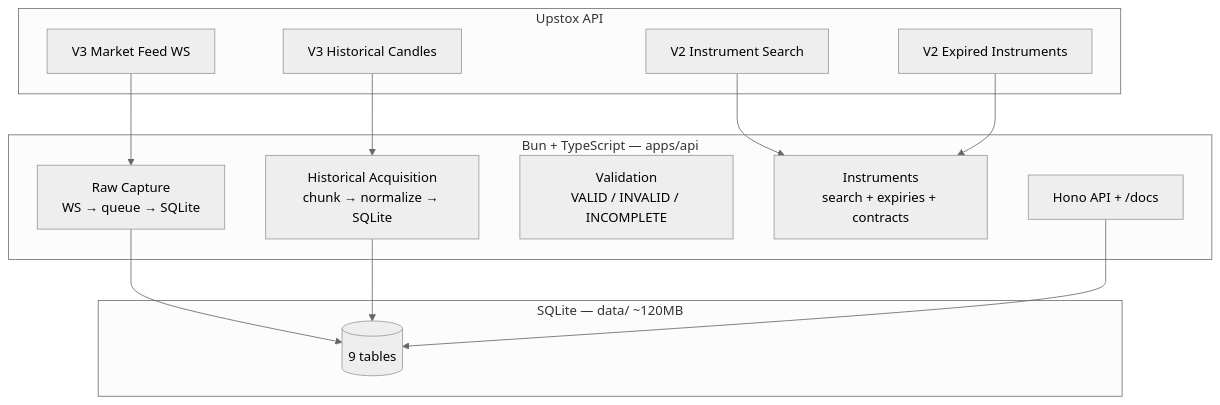
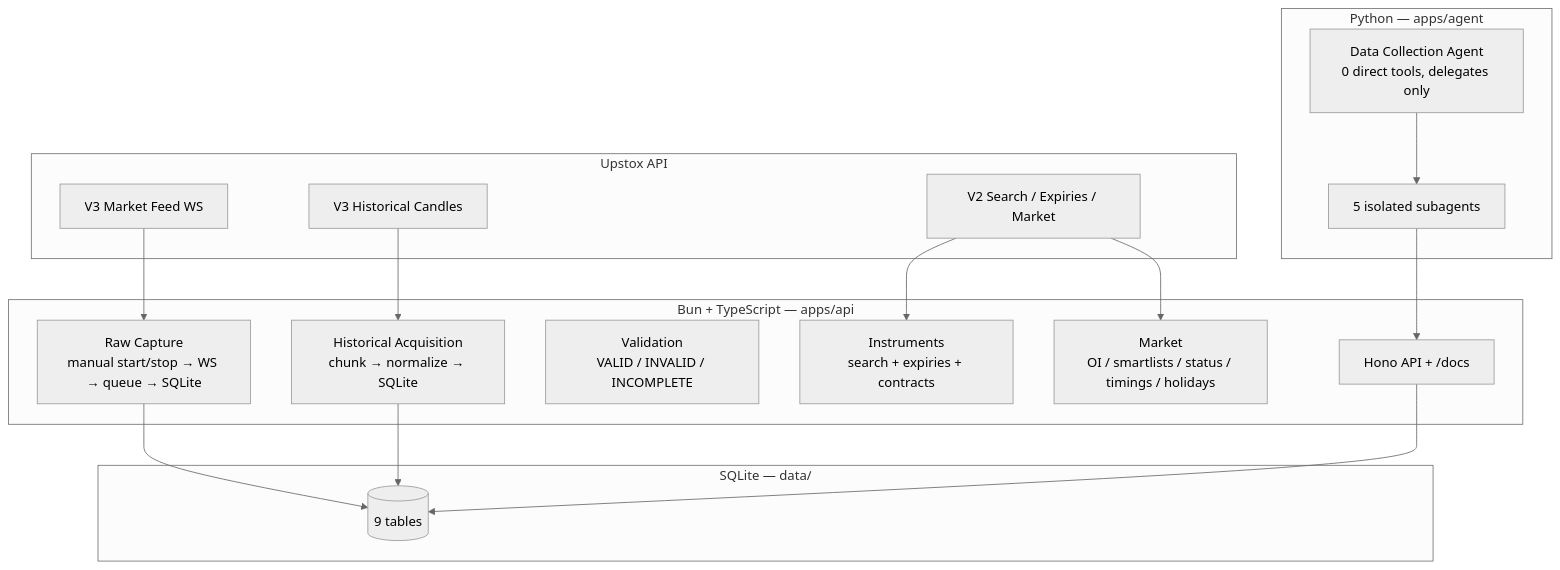
Before and after one commit to antony2013/tradx: the first of 2 diagrams in docs/PROJECT-GRAPH.md, drawn with Mermaid (neutral theme). The commit also changed other lines of this file and 1 other file, not shown here.

Commit message:
Audit pass: full PROJECT-GRAPH rewrite, prompt rule numbering fix

````diff
--- a/docs/PROJECT-GRAPH.md
+++ b/docs/PROJECT-GRAPH.md
@@ -11,24 +11,30 @@
 ```mermaid
 flowchart TB
     subgraph Upstox[Upstox API]
         WS[V3 Market Feed WS]
         HIST[V3 Historical Candles]
-        SEARCH[V2 Instrument Search]
-        EXP[V2 Expired Instruments]
+        V2[V2 Search / Expiries / Market]
     end
     subgraph TS[Bun + TypeScript — apps/api]
-        CAP[Raw Capture<br/>WS → queue → SQLite]
+        CAP[Raw Capture<br/>manual start/stop → WS → queue → SQLite]
         HACQ[Historical Acquisition<br/>chunk → normalize → SQLite]
         VAL[Validation<br/>VALID / INVALID / INCOMPLETE]
         INST[Instruments<br/>search + expiries + contracts]
+        MKT[Market<br/>OI / smartlists / status / timings / holidays]
         HTTP[Hono API + /docs]
     end
-    subgraph Store[SQLite — data/ ~120MB]
+    subgraph Store[SQLite — data/]
         T[(9 tables)]
+    end
+    subgraph AG[Python — apps/agent]
+        MAIN[Data Collection Agent<br/>0 direct tools, delegates only]
+        SUBS[5 isolated subagents]
     end
     WS --> CAP --> T
     HIST --> HACQ --> T
-    SEARCH --> INST
-    EXP --> INST
+    V2 --> INST
+    V2 --> MKT
     HTTP --> T
+    MAIN --> SUBS
+    SUBS --> HTTP
 ```
````
